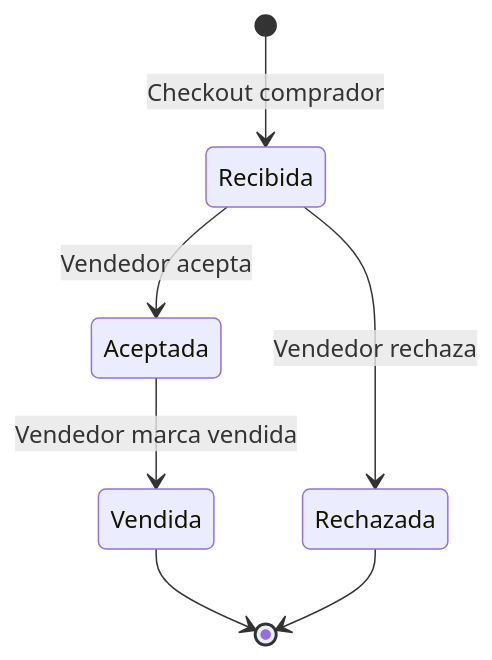
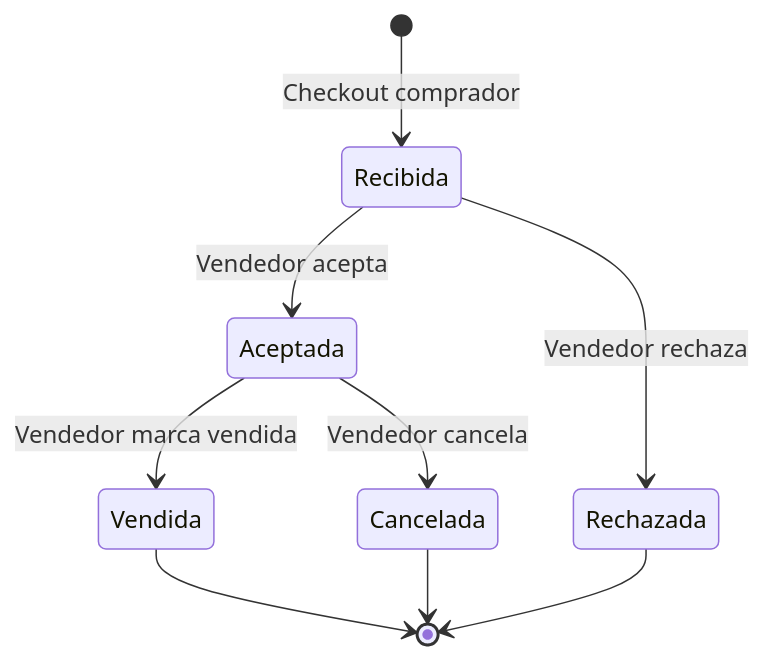
The second of 2 diagrams in docs/USER_STORIES.md (danieldavid-23/agrosft), drawn with Mermaid before and after one commit. The commit also changed 21 other files, not shown here.

````diff
--- a/docs/USER_STORIES.md
+++ b/docs/USER_STORIES.md
@@ -250,9 +250,11 @@
 ```mermaid
 stateDiagram-v2
     [*] --> Recibida: Checkout comprador
     Recibida --> Aceptada: Vendedor acepta
     Recibida --> Rechazada: Vendedor rechaza
     Aceptada --> Vendida: Vendedor marca vendida
+    Aceptada --> Cancelada: Vendedor cancela
     Vendida --> [*]
     Rechazada --> [*]
+    Cancelada --> [*]
 ```
````
